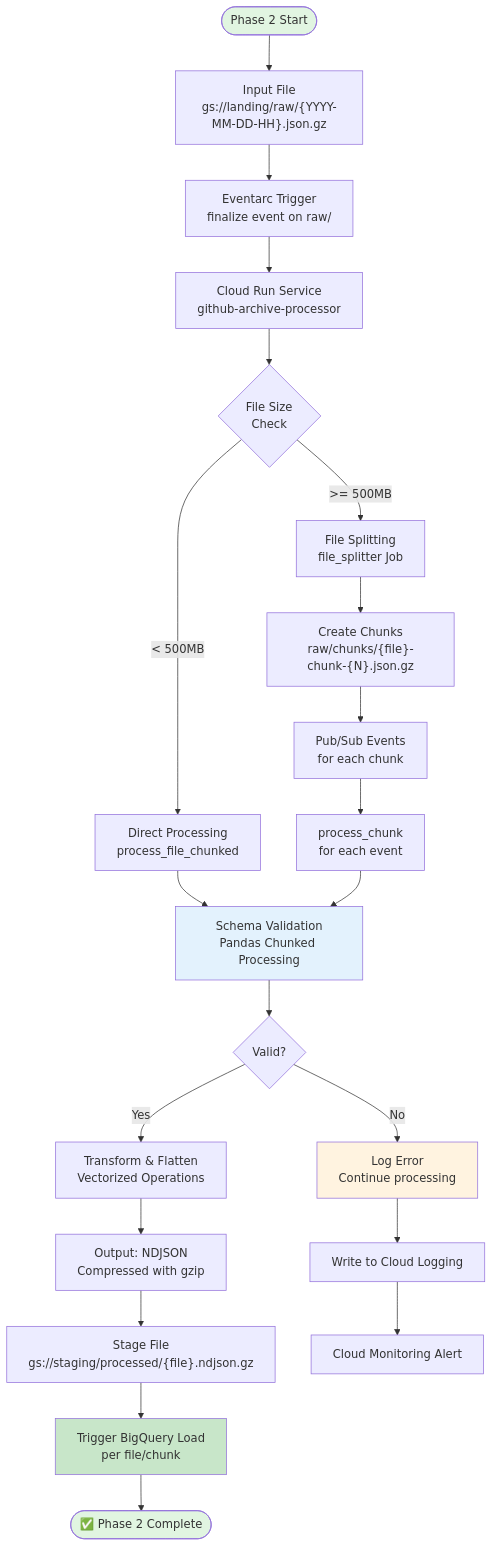
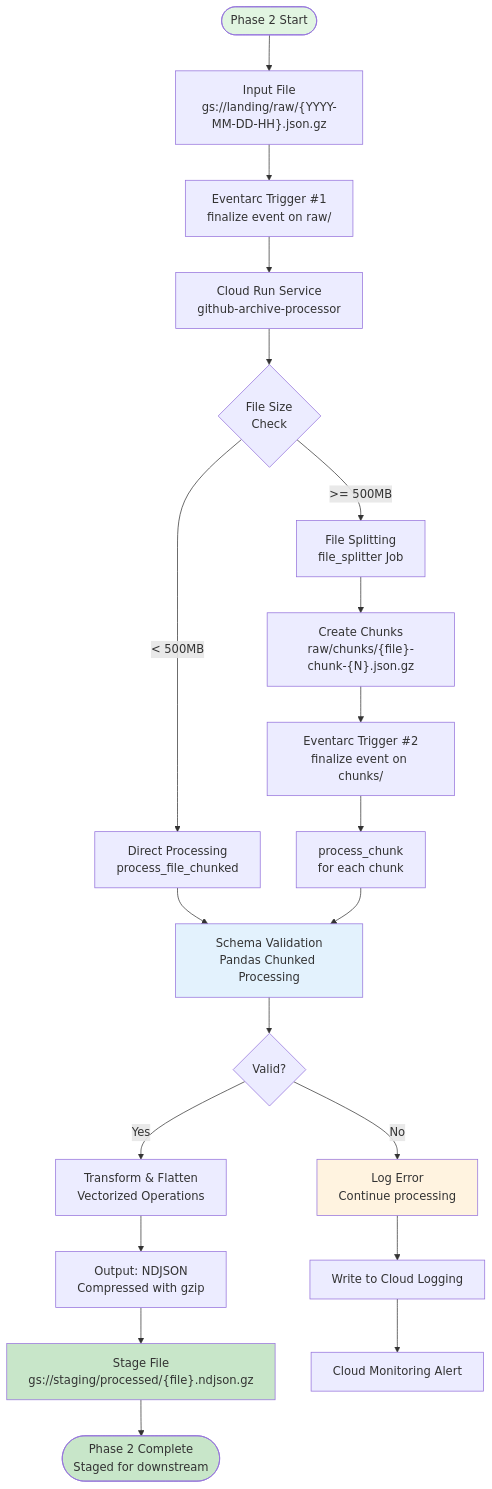
One commit to prateekpanjla-outlook/gcp_data_proc changed the diagram in design/github_archive/phase2_process_files/diagrams/01_main_flow.md. Above: the diagram before and after it, drawn with Mermaid. The commit also changed other lines of this file and 56 other files, not shown here.

````diff
--- a/design/github_archive/phase2_process_files/diagrams/01_main_flow.md
+++ b/design/github_archive/phase2_process_files/diagrams/01_main_flow.md
@@ -3,39 +3,38 @@
 ```mermaid
 graph TD
     Start([Phase 2 Start]) --> Input["Input File<br>gs://landing/raw/{YYYY-MM-DD-HH}.json.gz"]
 
-    Input --> EventArc[Eventarc Trigger<br>finalize event on raw/]
+    Input --> EventArc[Eventarc Trigger #1<br>finalize event on raw/]
 
     EventArc --> CR[Cloud Run Service<br>github-archive-processor]
 
     CR --> SizeCheck{File Size<br>Check}
 
     SizeCheck -->|< 500MB| Direct[Direct Processing<br>process_file_chunked]
     SizeCheck -->|>= 500MB| Split[File Splitting<br>file_splitter Job]
 
     Split --> Chunks["Create Chunks<br>raw/chunks/{file}-chunk-{N}.json.gz"]
-    Chunks --> ChunkEvents[Pub/Sub Events<br>for each chunk]
-    ChunkEvents --> ChunkProcess[process_chunk<br>for each event]
+    Chunks --> ChunkEvents[Eventarc Trigger #2<br>finalize event on chunks/]
+    ChunkEvents --> ChunkProcess[process_chunk<br>for each chunk]
 
     Direct --> Validate[Schema Validation<br>Pandas Chunked Processing]
     ChunkProcess --> Validate
 
     Validate --> Valid{Valid?}
     Valid -->|Yes| Transform[Transform & Flatten<br>Vectorized Operations]
     Valid -->|No| LogErr[Log Error<br>Continue processing]
 
     Transform --> Output[Output: NDJSON<br>Compressed with gzip]
     Output --> Stage["Stage File<br>gs://staging/processed/{file}.ndjson.gz"]
 
-    Stage --> BQLoad[Trigger BigQuery Load<br>per file/chunk]
-    BQLoad --> Success([✅ Phase 2 Complete])
+    Stage --> Success([Phase 2 Complete<br>Staged for downstream])
 
     LogErr --> LogWrite[Write to Cloud Logging]
     LogWrite --> Monitor[Cloud Monitoring Alert]
 
     style Start fill:#e1f5e1
-    style Success fill:#e1f5e1
+    style Success fill:#c8e6c9
     style LogErr fill:#fff3e0
     style Validate fill:#e3f2fd
-    style BQLoad fill:#c8e6c9
+    style Stage fill:#c8e6c9
 ```
````
